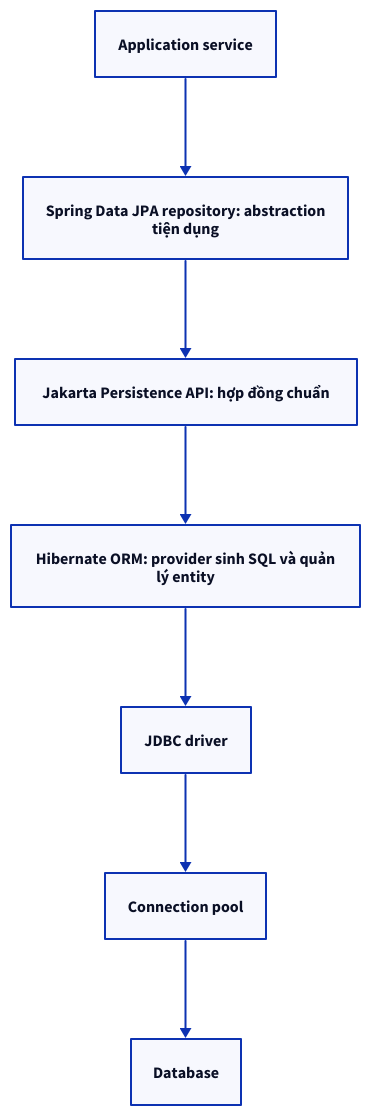
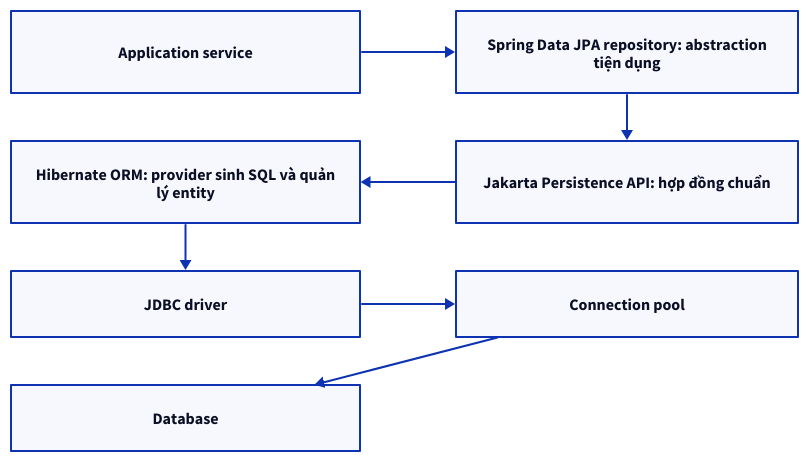
Before and after one commit to vanhiep99w/java-learn: the first of 3 diagrams in content/docs/jpa-hibernate/hibernate-performance-troubleshooting.md, drawn with D2. The commit also changed 62 other files, not shown here.

Commit message:
feat(docs): upgrade docs-kit and optimize diagram layouts

````diff
--- a/content/docs/jpa-hibernate/hibernate-performance-troubleshooting.md
+++ b/content/docs/jpa-hibernate/hibernate-performance-troubleshooting.md
@@ -90,11 +90,19 @@
 ```d2 title="Spring Data JPA"
-direction: down
+grid-rows: 4
+grid-columns: 2
+horizontal-gap: 96
+vertical-gap: 48
 app: "Application service"
 repo: "Spring Data JPA repository: abstraction\ntiện dụng"
+hibernate: "Hibernate ORM: provider sinh SQL và quản\nlý entity"
 jpa: "Jakarta Persistence API: hợp đồng chuẩn"
-hibernate: "Hibernate ORM: provider sinh SQL và quản\nlý entity"
 jdbc: "JDBC driver"
 pool: "Connection pool"
 db: "Database"
-app -> repo -> jpa -> hibernate -> jdbc -> pool -> db
+app -> repo
+repo -> jpa
+jpa -> hibernate
+hibernate -> jdbc
+jdbc -> pool
+pool -> db
 ```
````
